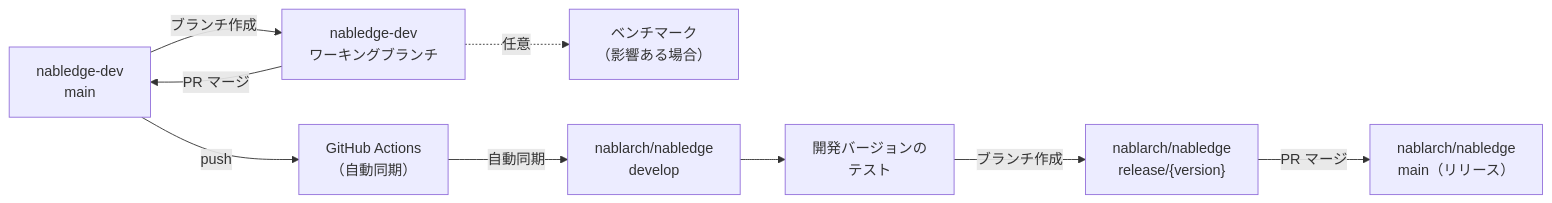
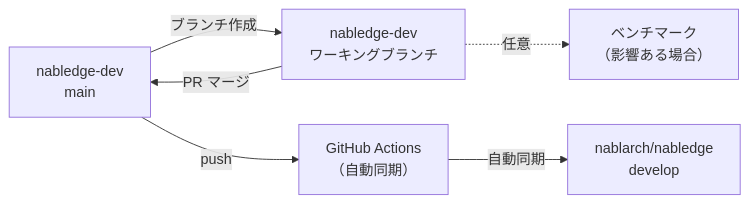
Before and after one commit to nablarch/nabledge-dev: the first of 2 diagrams in README.md, drawn with Mermaid. The commit also changed other lines of this file, not shown here.

Commit message:
docs: restructure README into 開発/リリース sections with flow and 手順

````diff
--- a/README.md
+++ b/README.md
@@ -49,20 +47,14 @@
 ```mermaid
 flowchart LR
     MAIN["nabledge-dev<br/>main"]
     WB["nabledge-dev<br/>ワーキングブランチ"]
     BM["ベンチマーク<br/>（影響ある場合）"]
     GHA["GitHub Actions<br/>（自動同期）"]
     DEV["nablarch/nabledge<br/>develop"]
-    TEST["開発バージョンの<br/>テスト"]
-    RB["nablarch/nabledge<br/>release/{version}"]
-    RELEASE["nablarch/nabledge<br/>main（リリース）"]
 
     MAIN -->|"ブランチ作成"| WB
     WB -.->|"任意"| BM
     WB -->|"PR マージ"| MAIN
     MAIN -->|"push"| GHA
     GHA -->|"自動同期"| DEV
-    DEV --> TEST
-    TEST -->|"ブランチ作成"| RB
-    RB -->|"PR マージ"| RELEASE
 ```
````
